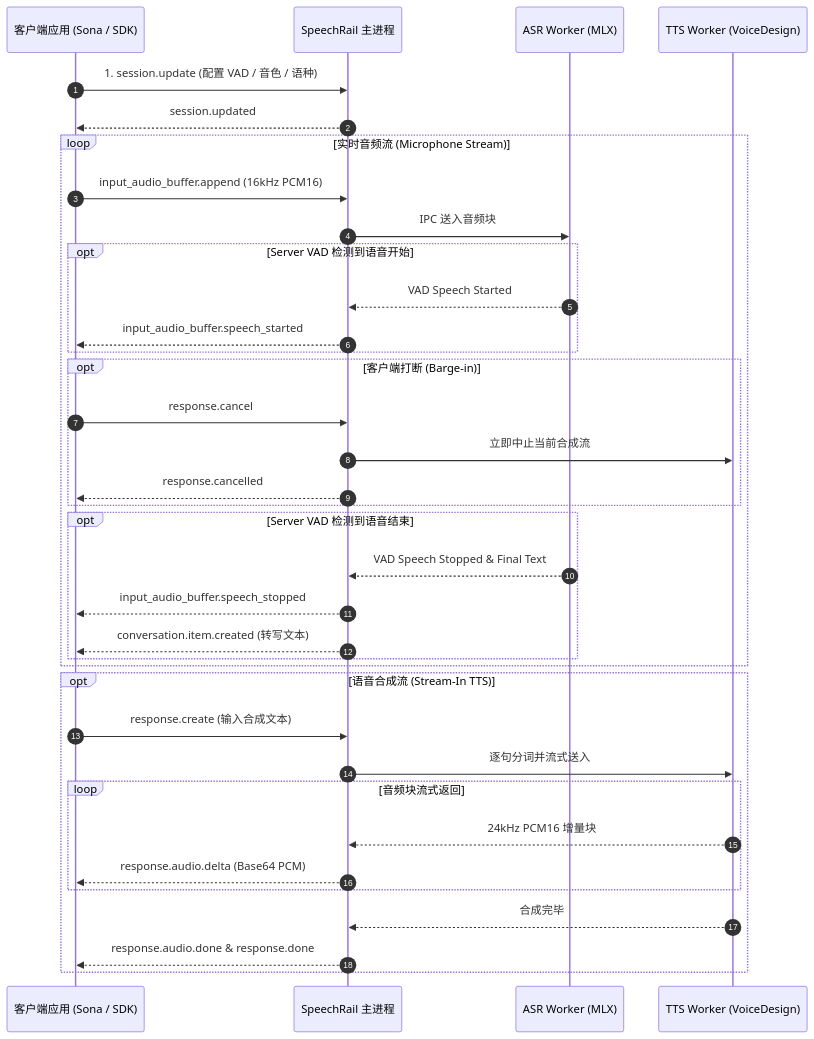
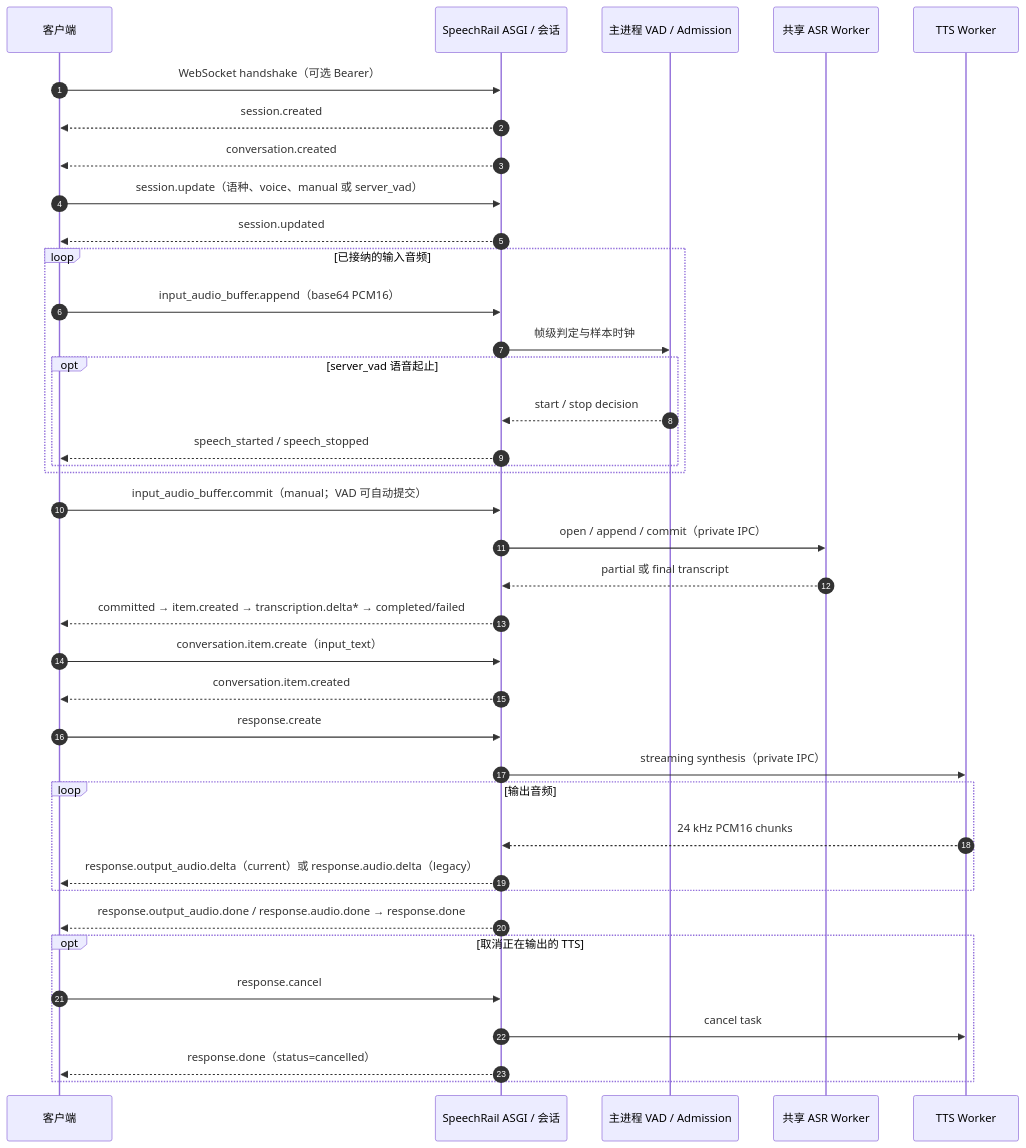
One commit to hrygo/SpeechRail changed the second of 2 diagrams in docs/architecture/architecture.md. Above: the diagram before and after it, drawn with Mermaid. The commit also changed other lines of this file and 4 other files, not shown here.

Commit message:
docs: align architecture diagrams with runtime (#29)

````diff
--- a/docs/architecture/architecture.md
+++ b/docs/architecture/architecture.md
@@ -99,41 +72,44 @@
 ```mermaid
 sequenceDiagram
     autonumber
-    participant Client as 客户端应用 (Sona / SDK)
-    participant Host as SpeechRail 主进程
-    participant ASR as ASR Worker (MLX)
-    participant TTS as TTS Worker (VoiceDesign)
+    participant Client as 客户端
+    participant Host as SpeechRail ASGI / 会话
+    participant VAD as 主进程 VAD / Admission
+    participant ASR as 共享 ASR Worker
+    participant TTS as TTS Worker
 
-    Client->>Host: 1. session.update (配置 VAD / 音色 / 语种)
+    Client->>Host: WebSocket handshake（可选 Bearer）
+    Host-->>Client: session.created
+    Host-->>Client: conversation.created
+    Client->>Host: session.update（语种、voice、manual 或 server_vad）
     Host-->>Client: session.updated
 
-    loop 实时音频流 (Microphone Stream)
-        Client->>Host: input_audio_buffer.append (16kHz PCM16)
-        Host->>ASR: IPC 送入音频块
-        opt Server VAD 检测到语音开始
-            ASR-->>Host: VAD Speech Started
-            Host-->>Client: input_audio_buffer.speech_started
-        end
-        opt 客户端打断 (Barge-in)
-            Client->>Host: response.cancel
-            Host->>TTS: 立即中止当前合成流
-            Host-->>Client: response.cancelled
-        end
-        opt Server VAD 检测到语音结束
-            ASR-->>Host: VAD Speech Stopped & Final Text
-            Host-->>Client: input_audio_buffer.speech_stopped
-            Host-->>Client: conversation.item.created (转写文本)
+    loop 已接纳的输入音频
+        Client->>Host: input_audio_buffer.append（base64 PCM16）
+        Host->>VAD: 帧级判定与样本时钟
+        opt server_vad 语音起止
+            VAD-->>Host: start / stop decision
+            Host-->>Client: speech_started / speech_stopped
         end
     end
+    Client->>Host: input_audio_buffer.commit（manual；VAD 可自动提交）
+    Host->>ASR: open / append / commit（private IPC）
+    ASR-->>Host: partial 或 final transcript
+    Host-->>Client: committed → item.created → transcription.delta* → completed/failed
 
-    opt 语音合成流 (Stream-In TTS)
-        Client->>Host: response.create (输入合成文本)
-        Host->>TTS: 逐句分词并流式送入
-        loop 音频块流式返回
-            TTS-->>Host: 24kHz PCM16 增量块
-            Host-->>Client: response.audio.delta (Base64 PCM)
-        end
-        TTS-->>Host: 合成完毕
-        Host-->>Client: response.audio.done & response.done
+    Client->>Host: conversation.item.create（input_text）
+    Host-->>Client: conversation.item.created
+    Client->>Host: response.create
+    Host->>TTS: streaming synthesis（private IPC）
+    loop 输出音频
+        TTS-->>Host: 24 kHz PCM16 chunks
+        Host-->>Client: response.output_audio.delta（current）或 response.audio.delta（legacy）
+    end
+    Host-->>Client: response.output_audio.done / response.audio.done → response.done
+
+    opt 取消正在输出的 TTS
+        Client->>Host: response.cancel
+        Host->>TTS: cancel task
+        Host-->>Client: response.done（status=cancelled）
     end
 ```
````
